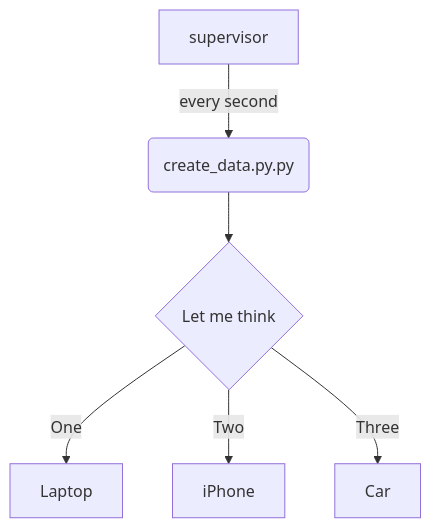
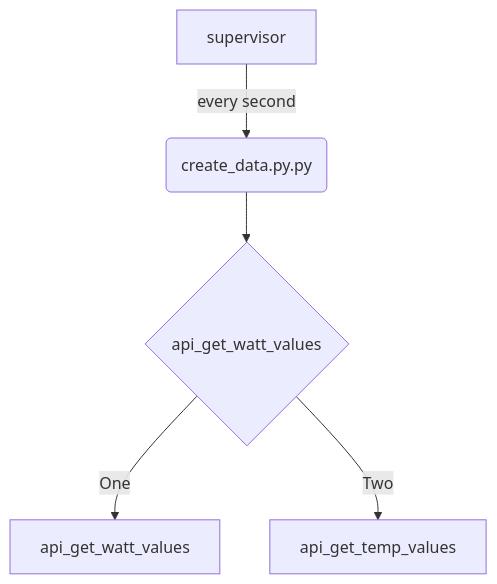
Before and after one commit to cheperboy/wiki: the diagram in software.md, drawn with Mermaid. The commit also changed other lines of this file, not shown here.

Commit message:
software.md updated from https://stackedit.io/

````diff
--- a/software.md
+++ b/software.md
@@ -34,8 +34,7 @@
 ```mermaid
 graph TD
 A[supervisor] -->|every second| B(create_data.py.py)
-B --> C{Let me think}
-C -->|One| D[Laptop]
-C -->|Two| E[iPhone]
-C -->|Three| F[Car]
+B --> C{api_get_watt_values}
+C -->|One| D[api_get_watt_values]
+C -->|Two| E[api_get_temp_values]
 ```
````
